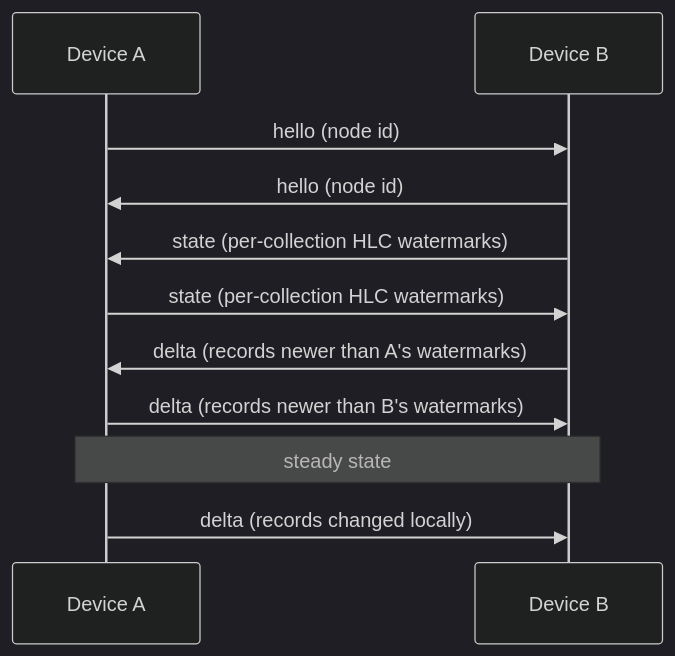
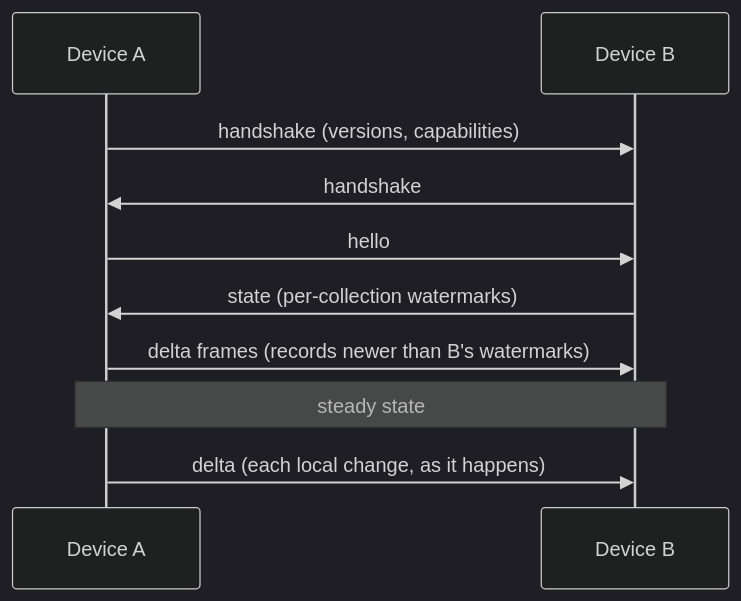
Before and after one commit to nodsoftware/passnote: the diagram in docs/concepts/sync.md, drawn with Mermaid (dark theme). The commit also changed other lines of this file and 17 other files, not shown here.

````diff
--- a/docs/concepts/sync.md
+++ b/docs/concepts/sync.md
@@ -43,13 +24,12 @@
 ```mermaid
 sequenceDiagram
   participant A as Device A
   participant B as Device B
-  A->>B: hello (node id)
-  B->>A: hello (node id)
-  B->>A: state (per-collection HLC watermarks)
-  A->>B: state (per-collection HLC watermarks)
-  B->>A: delta (records newer than A's watermarks)
-  A->>B: delta (records newer than B's watermarks)
+  A->>B: handshake (versions, capabilities)
+  B->>A: handshake
+  A->>B: hello
+  B->>A: state (per-collection watermarks)
+  A->>B: delta frames (records newer than B's watermarks)
   Note over A,B: steady state
-  A->>B: delta (records changed locally)
+  A->>B: delta (each local change, as it happens)
 ```
````
